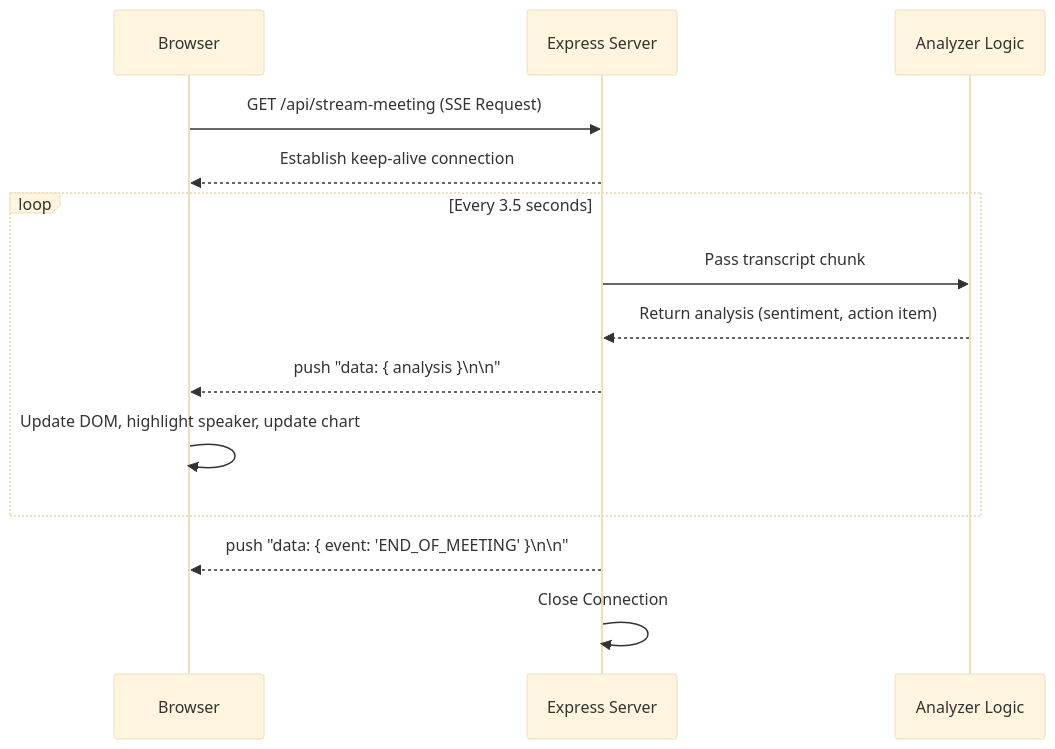
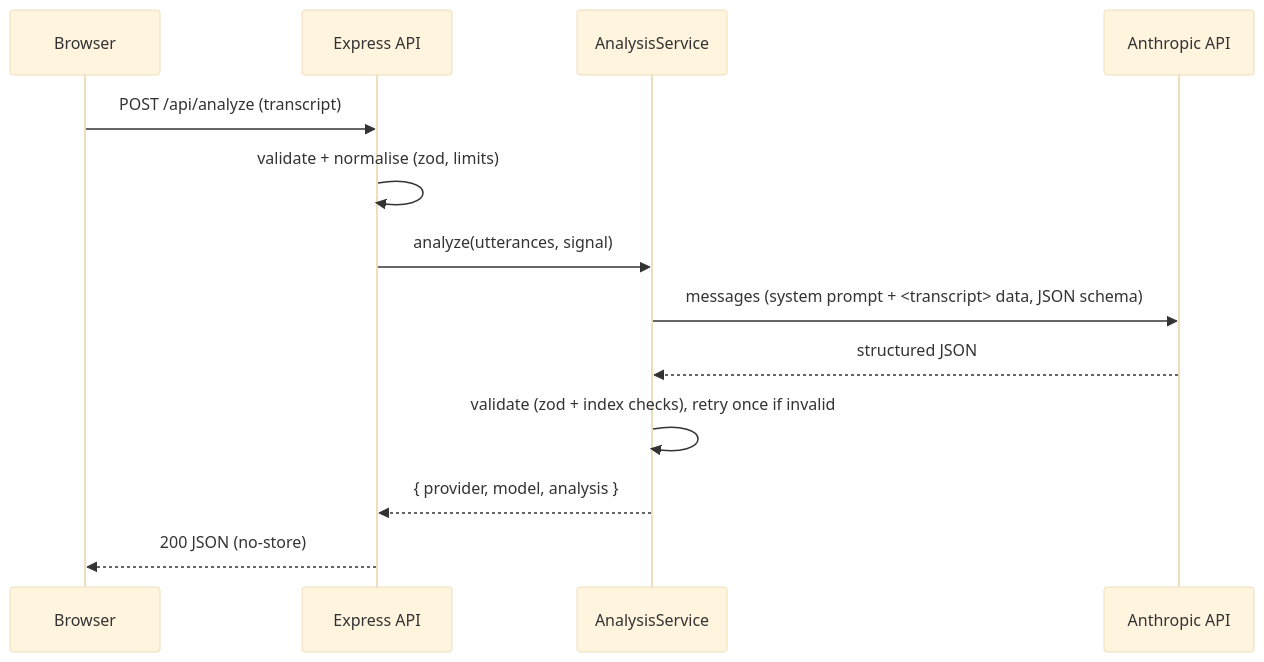
Before and after one commit to codebyjuliamendes/ai-meeting-analyzer: the diagram in README.md, drawn with Mermaid (base theme). The commit also changed other lines of this file and 1 other file, not shown here.

````diff
--- a/README.md
+++ b/README.md
@@ -25,19 +124,15 @@
 ```mermaid
 sequenceDiagram
     participant Browser
-    participant Express Server
-    participant Analyzer Logic
-    
-    Browser->>Express Server: GET /api/stream-meeting (SSE Request)
-    Express Server-->>Browser: Establish keep-alive connection
-    
-    loop Every 3.5 seconds
-        Express Server->>Analyzer Logic: Pass transcript chunk
-        Analyzer Logic-->>Express Server: Return analysis (sentiment, action item)
-        Express Server-->>Browser: push "data: { analysis }\n\n"
-        Browser->>Browser: Update DOM, highlight speaker, update chart
-    end
-    
-    Express Server-->>Browser: push "data: { event: 'END_OF_MEETING' }\n\n"
-    Express Server->>Express Server: Close Connection
+    participant API as Express API
+    participant Service as AnalysisService
+    participant LLM as Anthropic API
+    Browser->>API: POST /api/analyze (transcript)
+    API->>API: validate + normalise (zod, limits)
+    API->>Service: analyze(utterances, signal)
+    Service->>LLM: messages (system prompt + <transcript> data, JSON schema)
+    LLM-->>Service: structured JSON
+    Service->>Service: validate (zod + index checks), retry once if invalid
+    Service-->>API: { provider, model, analysis }
+    API-->>Browser: 200 JSON (no-store)
 ```
````
